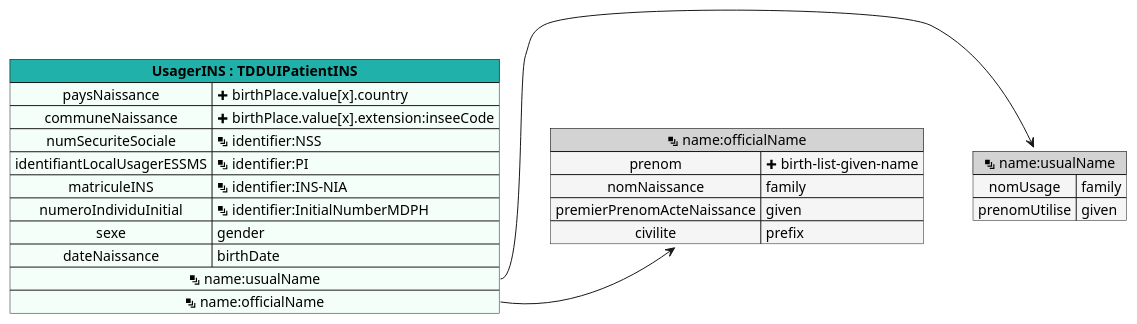
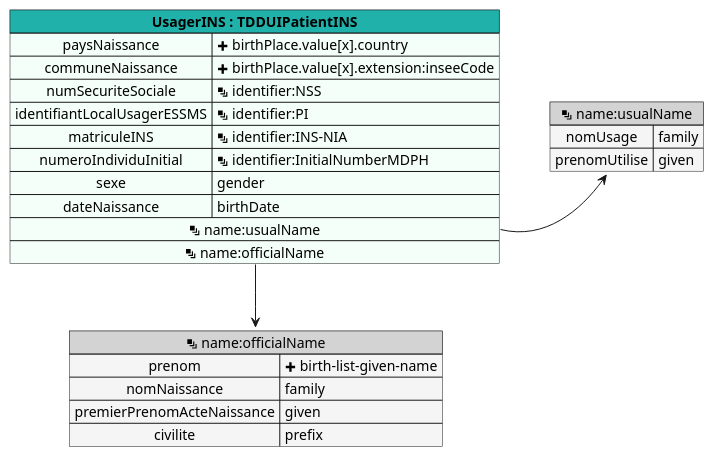
The diagram in input/images-source/mapping_TDDUIPatientINS.plantuml (ansforge/IG-fhir-medicosocial-transfert-donnees-dui), drawn with PlantUML before and after one commit. The commit also changed 74 other files, not shown here.

```diff
--- a/input/images-source/mapping_TDDUIPatientINS.plantuml
+++ b/input/images-source/mapping_TDDUIPatientINS.plantuml
@@ -1,30 +1,30 @@
 @startuml
 
 map "<&layers> name:usualName" as nameusualName #back:WhiteSmoke;header:LightGray {
     nomUsage => family
     prenomUtilise => given
 }
 
 map "<&layers> name:officialName" as nameofficialName #back:WhiteSmoke;header:LightGray {
     prenom => <&plus> birth-list-given-name
     nomNaissance => family
     premierPrenomActeNaissance => given
     civilite => prefix
 }
 
 map "**UsagerINS : TDDUIPatientINS**" as UsagerINS #back:MintCream;header:LightSeaGreen {
     paysNaissance => <&plus> birthPlace.value[x].country
     communeNaissance => <&plus> birthPlace.value[x].extension:inseeCode
     numSecuriteSociale => <&layers> identifier:NSS
     identifiantLocalUsagerESSMS => <&layers> identifier:PI
     matriculeINS => <&layers> identifier:INS-NIR
     matriculeINS => <&layers> identifier:INS-NIA
     numeroIndividuInitial => <&layers> identifier:InitialNumberMDPH
     sexe => gender
     dateNaissance => birthDate
     <&layers> name:usualName *-> nameusualName
-    <&layers> name:officialName *-> nameofficialName
+    <&layers> name:officialName *--> nameofficialName
 }
 
 
 @enduml
```
